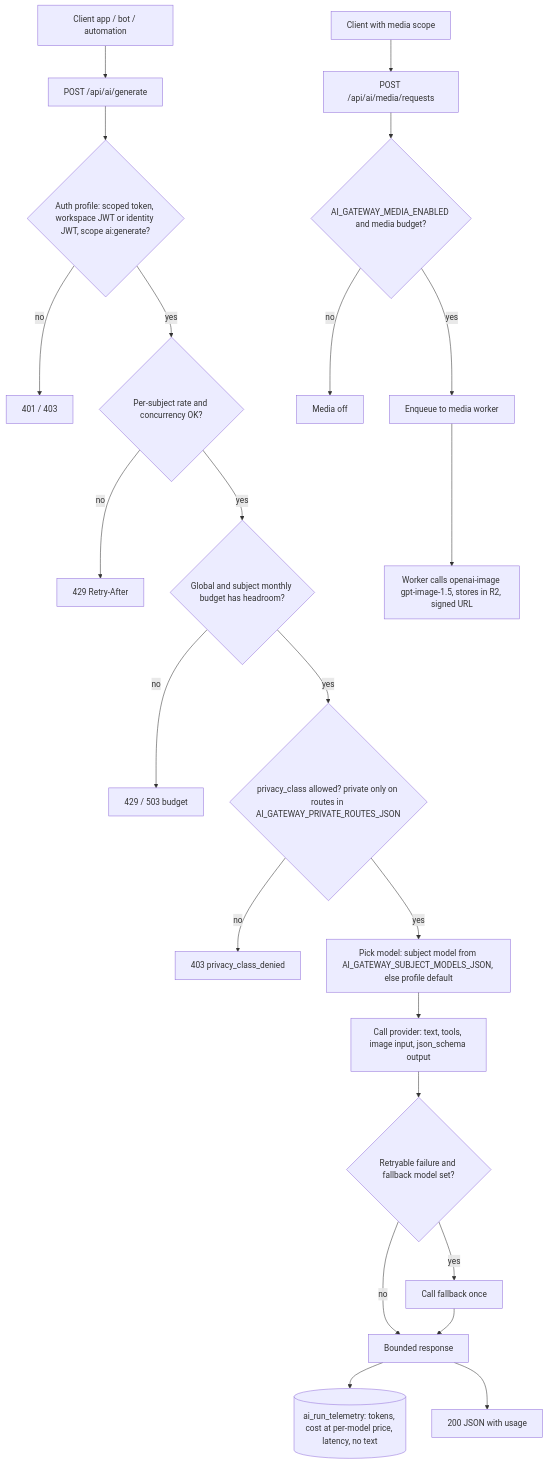
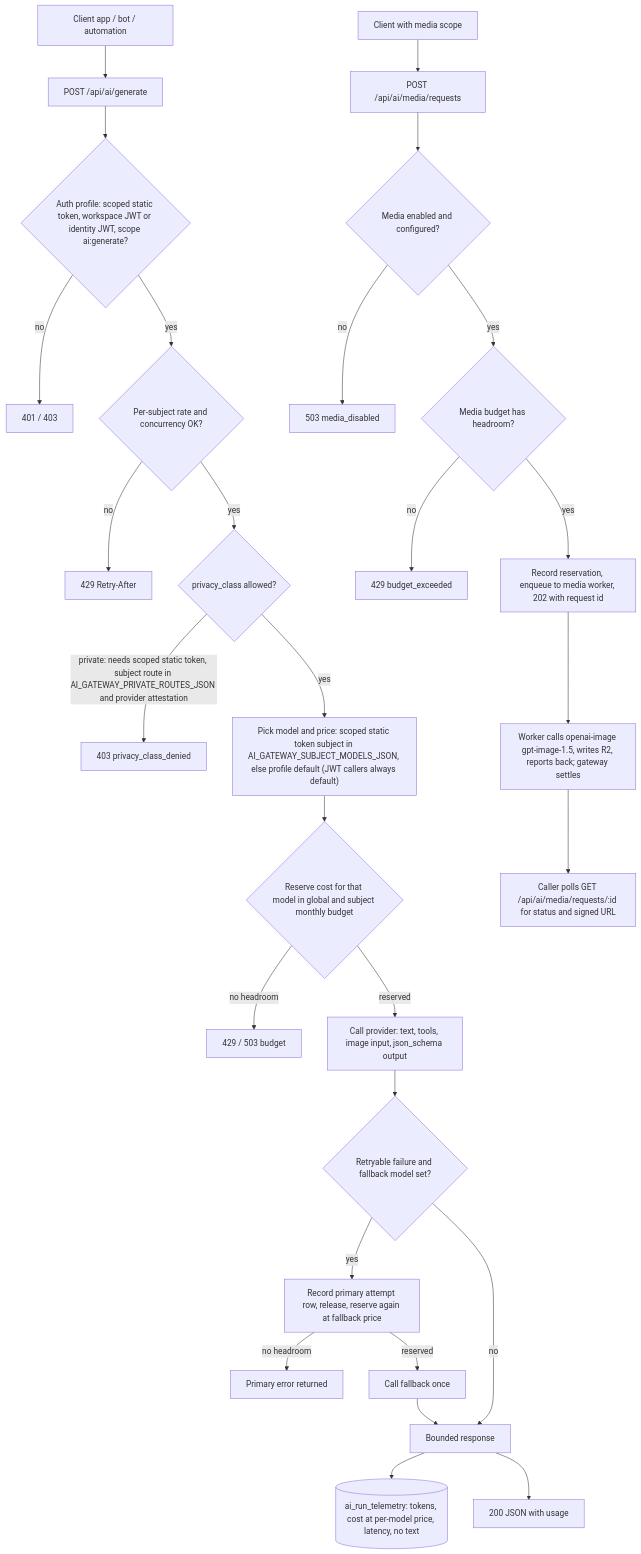
Before and after one commit to bookchaowalit/platform-ai-gateway-api: the first of 2 diagrams in docs/diagrams/01-business-process.md, drawn with Mermaid. The commit also changed other lines of this file, not shown here.

Commit message:
docs(diagrams): match As-Is / To-Be to code (private routes, subject models, fallback reservation, async media, shared admission)

````diff
--- a/docs/diagrams/01-business-process.md
+++ b/docs/diagrams/01-business-process.md
@@ -9,26 +9,31 @@
 ```mermaid
 flowchart TD
   A["Client app / bot / automation"] --> B["POST /api/ai/generate"]
-  B --> C{"Auth profile: scoped token, workspace JWT or identity JWT, scope ai:generate?"}
+  B --> C{"Auth profile: scoped static token, workspace JWT or identity JWT, scope ai:generate?"}
   C -->|"no"| X1["401 / 403"]
   C -->|"yes"| D{"Per-subject rate and concurrency OK?"}
   D -->|"no"| X2["429 Retry-After"]
-  D -->|"yes"| E{"Global and subject monthly budget has headroom?"}
-  E -->|"no"| X3["429 / 503 budget"]
-  E -->|"yes"| F{"privacy_class allowed? private only on routes in AI_GATEWAY_PRIVATE_ROUTES_JSON"}
-  F -->|"no"| X4["403 privacy_class_denied"]
-  F -->|"yes"| G["Pick model: subject model from AI_GATEWAY_SUBJECT_MODELS_JSON, else profile default"]
-  G --> H["Call provider: text, tools, image input, json_schema output"]
+  D -->|"yes"| F{"privacy_class allowed?"}
+  F -->|"private: needs scoped static token, subject route in AI_GATEWAY_PRIVATE_ROUTES_JSON and provider attestation"| X4["403 privacy_class_denied"]
+  F -->|"yes"| G["Pick model and price: scoped static token subject in AI_GATEWAY_SUBJECT_MODELS_JSON, else profile default (JWT callers always default)"]
+  G --> E{"Reserve cost for that model in global and subject monthly budget"}
+  E -->|"no headroom"| X3["429 / 503 budget"]
+  E -->|"reserved"| H["Call provider: text, tools, image input, json_schema output"]
   H --> I{"Retryable failure and fallback model set?"}
-  I -->|"yes"| J["Call fallback once"]
+  I -->|"yes"| J["Record primary attempt row, release, reserve again at fallback price"]
+  J -->|"no headroom"| X5["Primary error returned"]
+  J -->|"reserved"| J2["Call fallback once"]
   I -->|"no"| K["Bounded response"]
-  J --> K
+  J2 --> K
   K --> L[("ai_run_telemetry: tokens, cost at per-model price, latency, no text")]
   K --> M["200 JSON with usage"]
 
   A2["Client with media scope"] --> N["POST /api/ai/media/requests"]
-  N --> O{"AI_GATEWAY_MEDIA_ENABLED and media budget?"}
-  O -->|"no"| X5["Media off"]
-  O -->|"yes"| P["Enqueue to media worker"]
-  P --> Q["Worker calls openai-image gpt-image-1.5, stores in R2, signed URL"]
+  N --> O{"Media enabled and configured?"}
+  O -->|"no"| X6["503 media_disabled"]
+  O -->|"yes"| O2{"Media budget has headroom?"}
+  O2 -->|"no"| X7["429 budget_exceeded"]
+  O2 -->|"yes"| P["Record reservation, enqueue to media worker, 202 with request id"]
+  P --> Q["Worker calls openai-image gpt-image-1.5, writes R2, reports back; gateway settles"]
+  Q --> R["Caller polls GET /api/ai/media/requests/:id for status and signed URL"]
 ```
````
